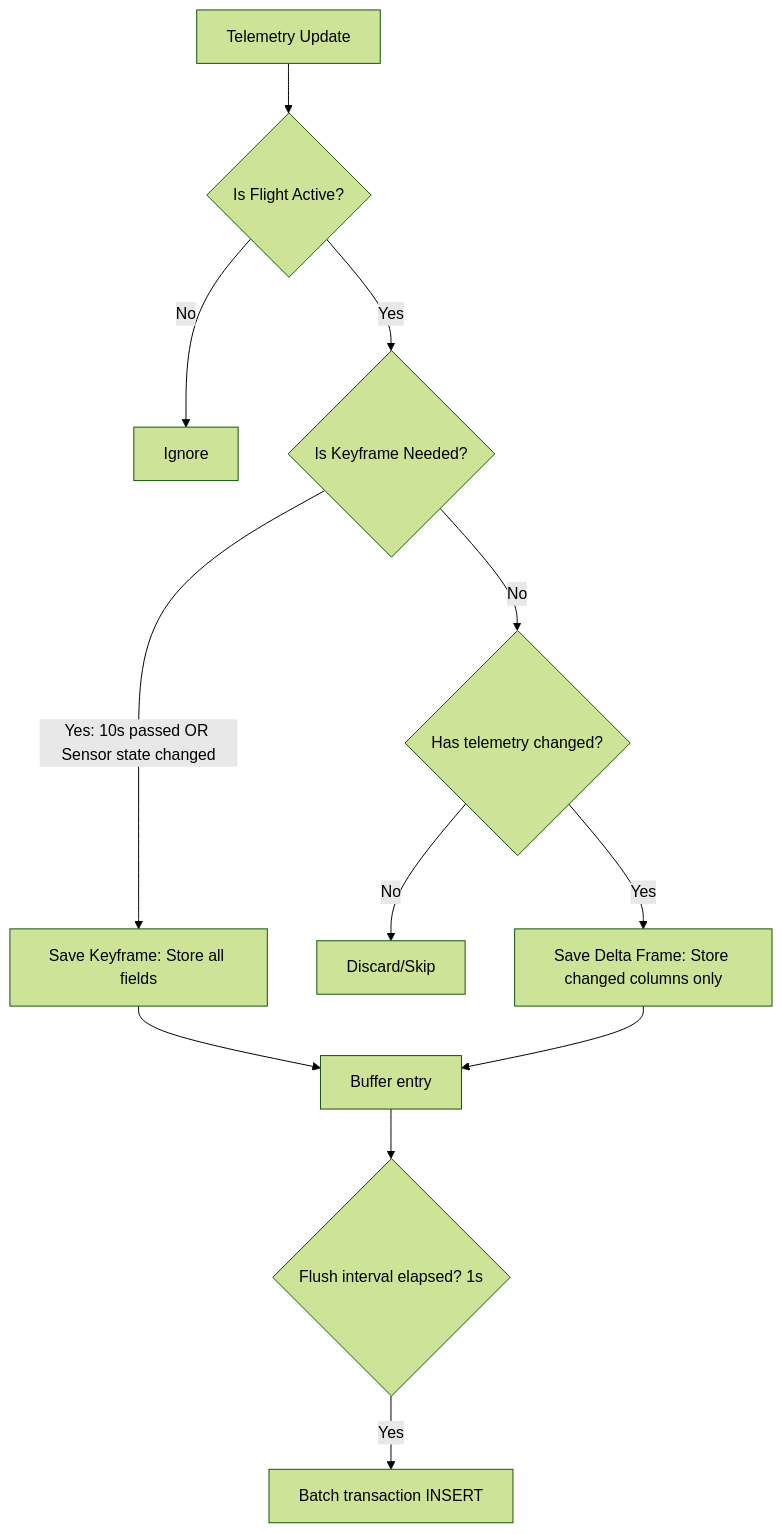
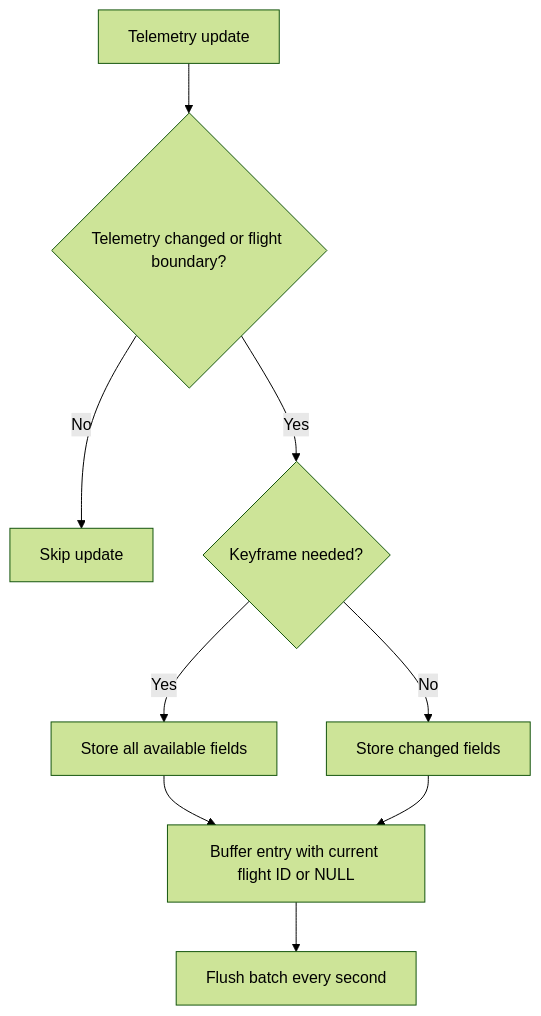
One commit to jobes/stork changed the second of 2 diagrams in documentation/features/black-box-logging.md. Above: the diagram before and after it, drawn with Mermaid (forest theme). The commit also changed other lines of this file and 5 other files, not shown here.

Commit message:
feat: record telemetry without active flight and allow null flight IDs

````diff
--- a/documentation/features/black-box-logging.md
+++ b/documentation/features/black-box-logging.md
@@ -113,14 +113,11 @@
 ```mermaid
 graph TD
-    A[Telemetry Update] --> B{Is Flight Active?}
-    B -->|No| C[Ignore]
-    B -->|Yes| D{Is Keyframe Needed?}
-    D -->|Yes: 10s passed OR Sensor state changed| E[Save Keyframe: Store all fields]
-    D -->|No| F{Has telemetry changed?}
-    F -->|No| G[Discard/Skip]
-    F -->|Yes| H[Save Delta Frame: Store changed columns only]
-    E --> I[Buffer entry]
-    H --> I
-    I --> J{Flush interval elapsed? 1s}
-    J -->|Yes| K[Batch transaction INSERT]
+    A[Telemetry update] --> B{Telemetry changed or flight boundary?}
+    B -->|No| C[Skip update]
+    B -->|Yes| D{Keyframe needed?}
+    D -->|Yes| E[Store all available fields]
+    D -->|No| F[Store changed fields]
+    E --> G[Buffer entry with current flight ID or NULL]
+    F --> G
+    G --> H[Flush batch every second]
 ```
````
